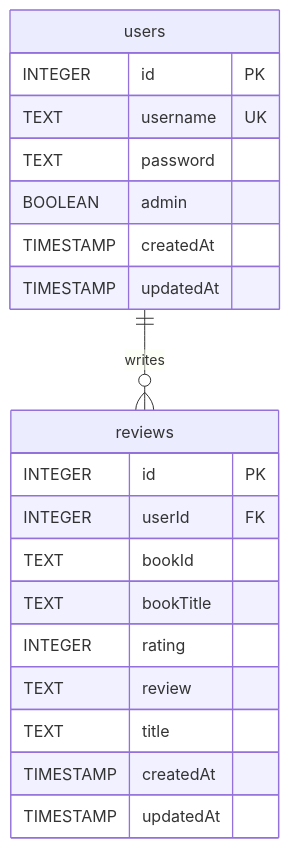
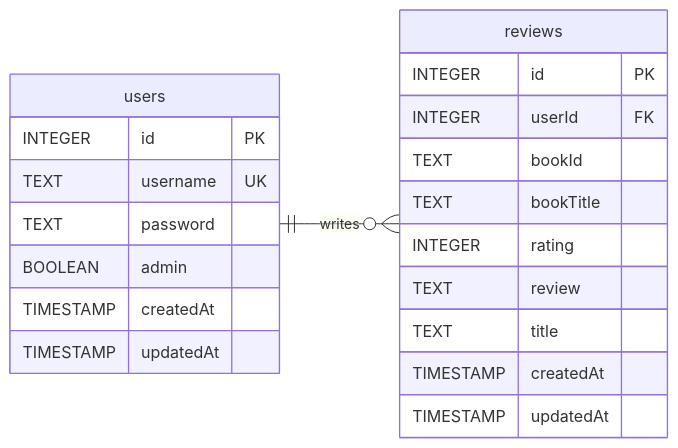
The diagram in README.md (Git-Bread/bookreviewsite-project), drawn with Mermaid before and after one commit.

````diff
--- a/README.md
+++ b/README.md
@@ -360,23 +360,24 @@
 ```mermaid
 erDiagram
+    direction LR
     users {
         INTEGER id PK
         TEXT username UK
         TEXT password
         BOOLEAN admin
         TIMESTAMP createdAt
         TIMESTAMP updatedAt
     }
     reviews {
         INTEGER id PK
         INTEGER userId FK
         TEXT bookId
         TEXT bookTitle
         INTEGER rating
         TEXT review
         TEXT title
         TIMESTAMP createdAt
         TIMESTAMP updatedAt
     }
     users ||--o{ reviews : "writes"
 ```
````
